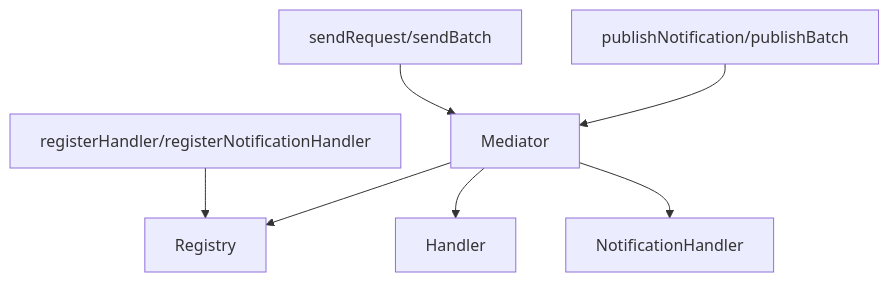
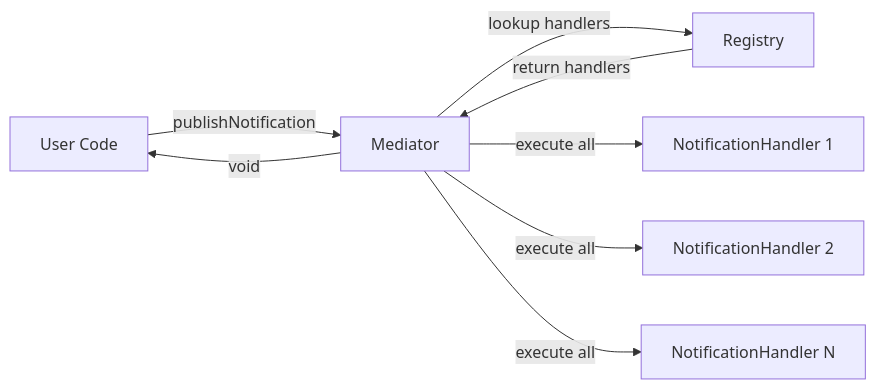
The third of 3 diagrams in ARCHITECTURE.md (minhtaimc/ts-micro-mediator), drawn with Mermaid before and after one commit. The commit also changed other lines of this file and 10 other files, not shown here.

````diff
--- a/ARCHITECTURE.md
+++ b/ARCHITECTURE.md
@@ -69,9 +173,10 @@
 ```mermaid
-graph TD;
-  A[registerHandler/registerNotificationHandler] --> B[Registry]
-  C[sendRequest/sendBatch] --> D[Mediator]
-  D --> B
-  D --> E[Handler]
-  F[publishNotification/publishBatch] --> D
-  D --> G[NotificationHandler]
+graph LR;
+  A[User Code] -->|publishNotification| B[Mediator]
+  B -->|lookup handlers| C[Registry]
+  C -->|return handlers| B
+  B -->|execute all| D[NotificationHandler 1]
+  B -->|execute all| E[NotificationHandler 2]
+  B -->|execute all| F[NotificationHandler N]
+  B -->|void| A
 ```
````
